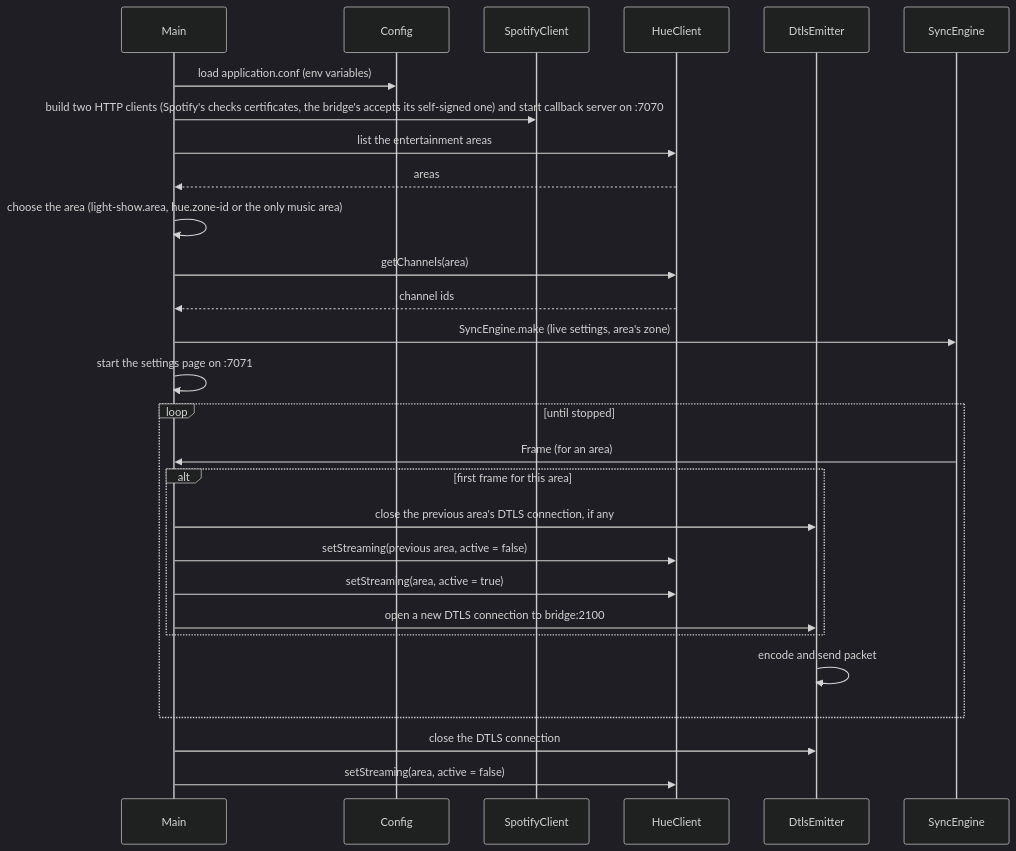
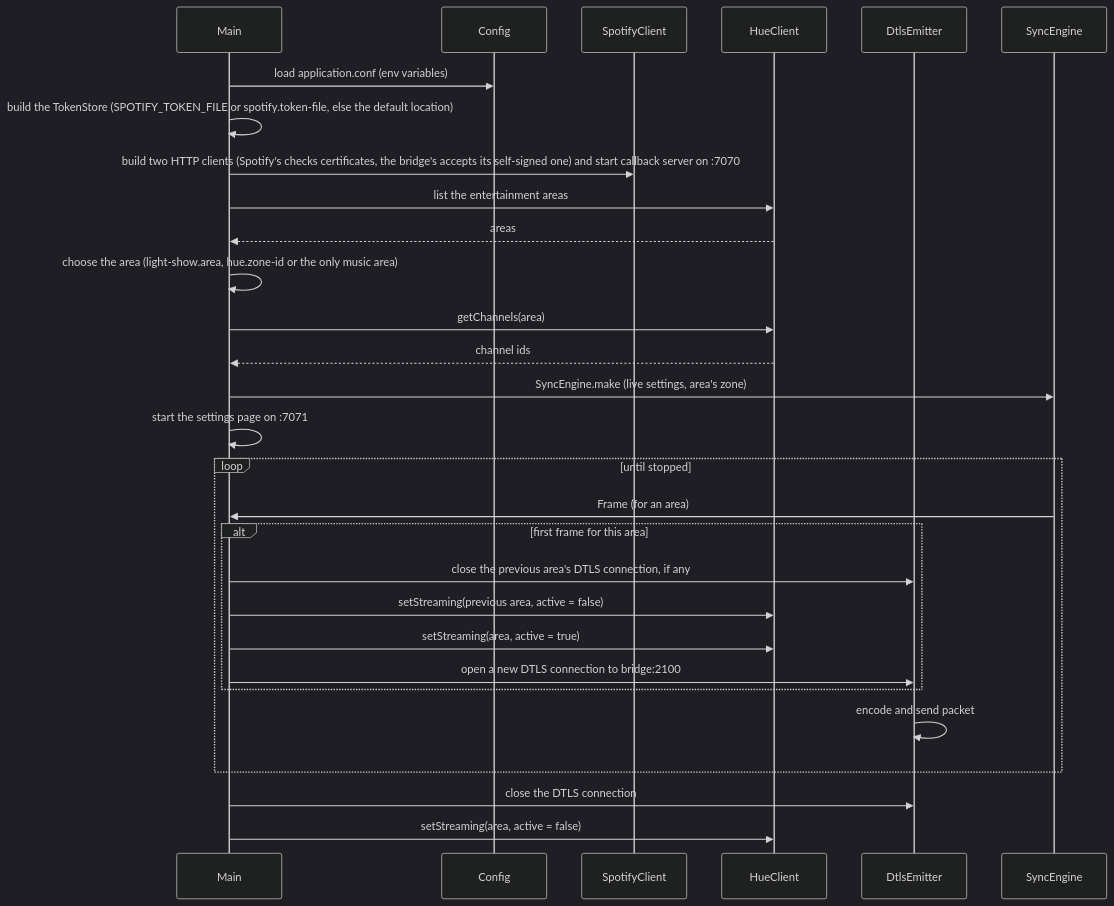
The third of 3 diagrams in docs/architecture.md (LorenzoPrinsloo/spotify-hue-sync), drawn with Mermaid (dark theme) before and after one commit. The commit also changed other lines of this file and 5 other files, not shown here.

Commit message:
Add refresh token file persistence and SPOTIFY_TOKEN_FILE setting

````diff
--- a/docs/architecture.md
+++ b/docs/architecture.md
@@ -263,31 +263,32 @@
 ```mermaid
 sequenceDiagram
     participant M as Main
     participant C as Config
     participant S as SpotifyClient
     participant H as HueClient
     participant D as DtlsEmitter
     participant E as SyncEngine
 
     M->>C: load application.conf (env variables)
+    M->>M: build the TokenStore (SPOTIFY_TOKEN_FILE or spotify.token-file, else the default location)
     M->>S: build two HTTP clients (Spotify's checks certificates, the bridge's accepts its self-signed one) and start callback server on :7070
     M->>H: list the entertainment areas
     H-->>M: areas
     M->>M: choose the area (light-show.area, hue.zone-id or the only music area)
     M->>H: getChannels(area)
     H-->>M: channel ids
     M->>E: SyncEngine.make (live settings, area's zone)
     M->>M: start the settings page on :7071
     loop until stopped
         E->>M: Frame (for an area)
         alt first frame for this area
             M->>D: close the previous area's DTLS connection, if any
             M->>H: setStreaming(previous area, active = false)
             M->>H: setStreaming(area, active = true)
             M->>D: open a new DTLS connection to bridge:2100
         end
         D->>D: encode and send packet
     end
     M->>D: close the DTLS connection
     M->>H: setStreaming(area, active = false)
 ```
````
